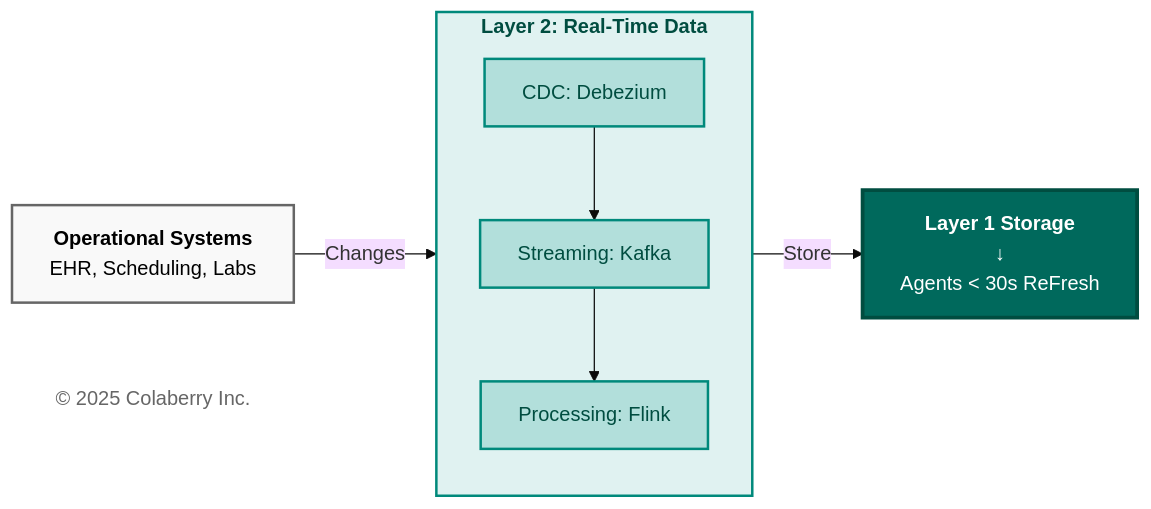
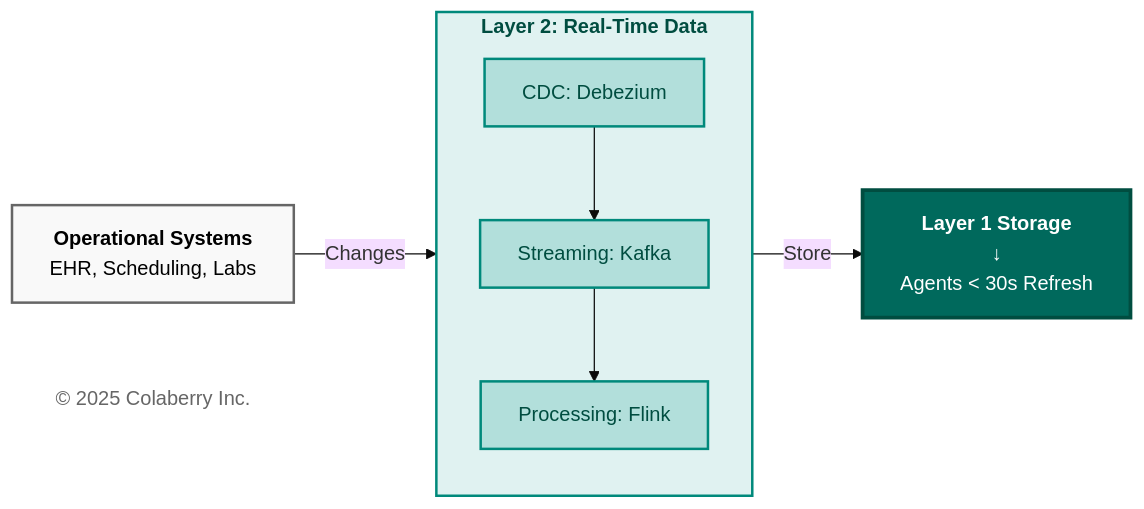
One commit to saitejesh-cyber/trust-before-intelligence-book changed the seventh of 11 diagrams in manuscript/05_chapter_4_foundation_layers.md. Above: the diagram before and after it, drawn with Mermaid (base theme). The commit also changed other lines of this file and 26 other files, not shown here.

````diff
--- a/manuscript/05_chapter_4_foundation_layers.md
+++ b/manuscript/05_chapter_4_foundation_layers.md
@@ -731,29 +731,29 @@
 ```mermaid
 
 graph LR
     SOURCE["<b>Operational Systems</b><br/>EHR, Scheduling, Labs"]
     
     subgraph LAYER2["<b>Layer 2: Real-Time Data</b>"]
         direction TB
         CDC["CDC: Debezium"]
         KAFKA["Streaming: Kafka"]
         PROCESS["Processing: Flink"]
         CDC --> KAFKA --> PROCESS
     end
     
-    OUTCOME["<b>Layer 1 Storage</b><br/>↓<br/>Agents < 30s ReFresh"]
+    OUTCOME["<b>Layer 1 Storage</b><br/>↓<br/>Agents < 30s Refresh"]
     
     Copyright["© 2025 Colaberry Inc."]
     
     SOURCE -->|"Changes"| LAYER2
     LAYER2 -->|"Store"| OUTCOME
     
     style SOURCE fill:#f9f9f9,stroke:#666666,stroke-width:2px,color:#000000
     style LAYER2 fill:#e0f2f1,stroke:#00897b,stroke-width:2px,color:#004d40
     style CDC fill:#b2dfdb,stroke:#00897b,stroke-width:2px,color:#004d40
     style KAFKA fill:#b2dfdb,stroke:#00897b,stroke-width:2px,color:#004d40
     style PROCESS fill:#b2dfdb,stroke:#00897b,stroke-width:2px,color:#004d40
     style OUTCOME fill:#00695c,color:#ffffff,stroke:#004d40,stroke-width:3px
     style Copyright fill:#ffffff,stroke:none,color:#666666
 
 ```
````
